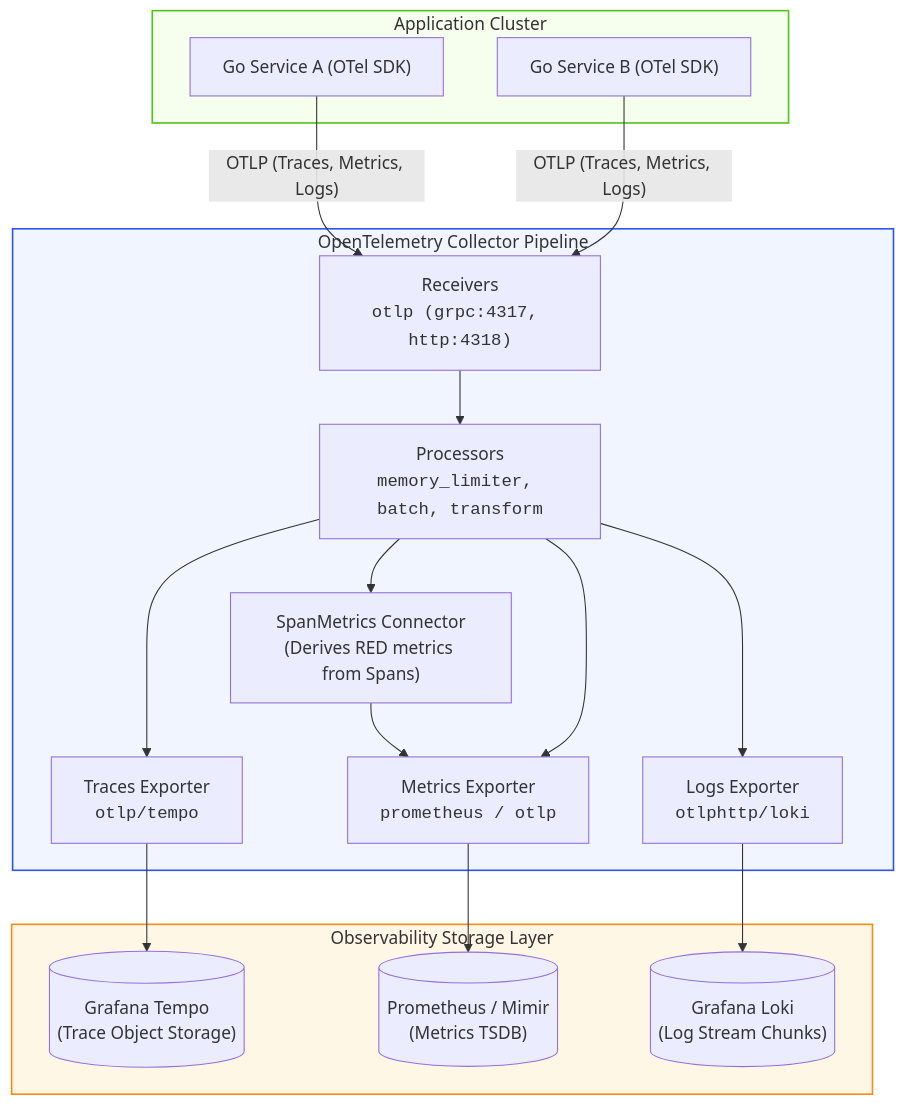
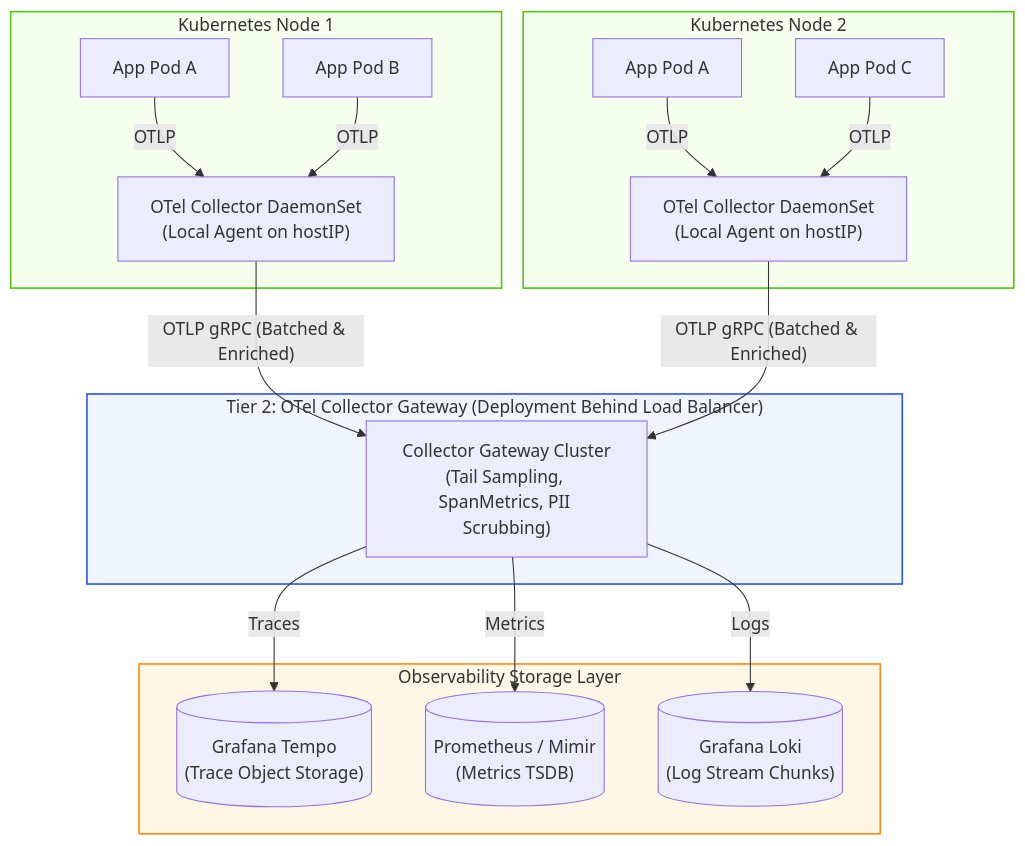
One commit to LyzanderAndrylie/note changed the fourth of 4 diagrams in software-engineer/concept/distributed-systems/observability.md. Above: the diagram before and after it, drawn with Mermaid. The commit also changed other lines of this file, not shown here.

Commit message:
docs: enrich observability guide with 2-tier collector, structured metadata, and bounded cardinality

````diff
--- a/software-engineer/concept/distributed-systems/observability.md
+++ b/software-engineer/concept/distributed-systems/observability.md
@@ -560,39 +622,39 @@
 ```mermaid
 flowchart TD
-    subgraph Applications ["Application Cluster"]
-        App1["Go Service A (OTel SDK)"]
-        App2["Go Service B (OTel SDK)"]
+    subgraph Node1 ["Kubernetes Node 1"]
+        AppA1["App Pod A"]
+        AppB1["App Pod B"]
+        Agent1["OTel Collector DaemonSet<br/>(Local Agent on hostIP)"]
+        AppA1 -->|"OTLP"| Agent1
+        AppB1 -->|"OTLP"| Agent1
     end
 
-    subgraph Collector ["OpenTelemetry Collector Pipeline"]
-        Recv["Receivers<br/><code>otlp (grpc:4317, http:4318)</code>"]
-        Proc["Processors<br/><code>memory_limiter, batch, transform</code>"]
-        Conn["SpanMetrics Connector<br/>(Derives RED metrics from Spans)"]
-        ExpTraces["Traces Exporter<br/><code>otlp/tempo</code>"]
-        ExpMetrics["Metrics Exporter<br/><code>prometheus / otlp</code>"]
-        ExpLogs["Logs Exporter<br/><code>otlphttp/loki</code>"]
+    subgraph Node2 ["Kubernetes Node 2"]
+        AppA2["App Pod A"]
+        AppC1["App Pod C"]
+        Agent2["OTel Collector DaemonSet<br/>(Local Agent on hostIP)"]
+        AppA2 -->|"OTLP"| Agent2
+        AppC1 -->|"OTLP"| Agent2
+    end
 
-        Recv --> Proc
-        Proc --> Conn
-        Conn --> ExpMetrics
-        Proc --> ExpTraces
-        Proc --> ExpMetrics
-        Proc --> ExpLogs
+    subgraph GatewayTier ["Tier 2: OTel Collector Gateway (Deployment Behind Load Balancer)"]
+        GW["Collector Gateway Cluster<br/>(Tail Sampling, SpanMetrics, PII Scrubbing)"]
     end
 
     subgraph StorageBackends ["Observability Storage Layer"]
         Tempo[("Grafana Tempo<br/>(Trace Object Storage)")]
         Prom[("Prometheus / Mimir<br/>(Metrics TSDB)")]
         Loki[("Grafana Loki<br/>(Log Stream Chunks)")]
     end
 
-    App1 -->|"OTLP (Traces, Metrics, Logs)"| Recv
-    App2 -->|"OTLP (Traces, Metrics, Logs)"| Recv
-    ExpTraces --> Tempo
-    ExpMetrics --> Prom
-    ExpLogs --> Loki
+    Agent1 -->|"OTLP gRPC (Batched & Enriched)"| GW
+    Agent2 -->|"OTLP gRPC (Batched & Enriched)"| GW
+    GW -->|"Traces"| Tempo
+    GW -->|"Metrics"| Prom
+    GW -->|"Logs"| Loki
 
-    style Collector fill:#f0f5ff,stroke:#2f54eb,stroke-width:1.5px
-    style Applications fill:#f6ffed,stroke:#52c41a,stroke-width:1.5px
+    style Node1 fill:#f6ffed,stroke:#52c41a,stroke-width:1.5px
+    style Node2 fill:#f6ffed,stroke:#52c41a,stroke-width:1.5px
+    style GatewayTier fill:#f0f5ff,stroke:#2f54eb,stroke-width:1.5px
     style StorageBackends fill:#fff7e6,stroke:#fa8c16,stroke-width:1.5px
 ```
````
